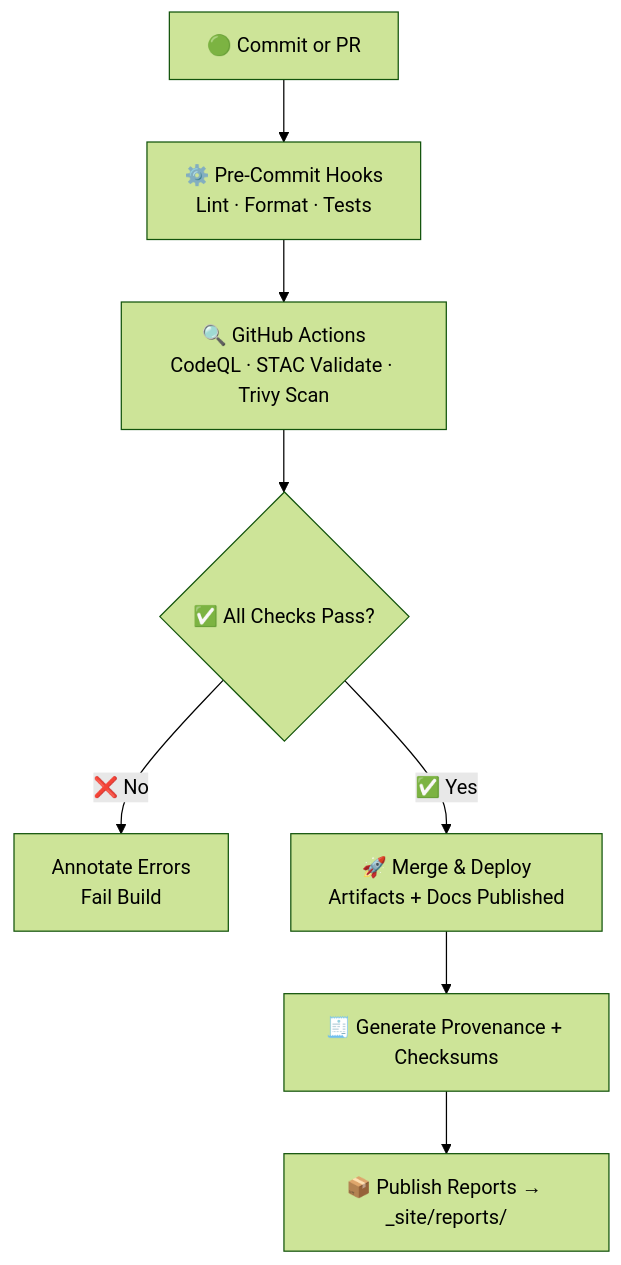
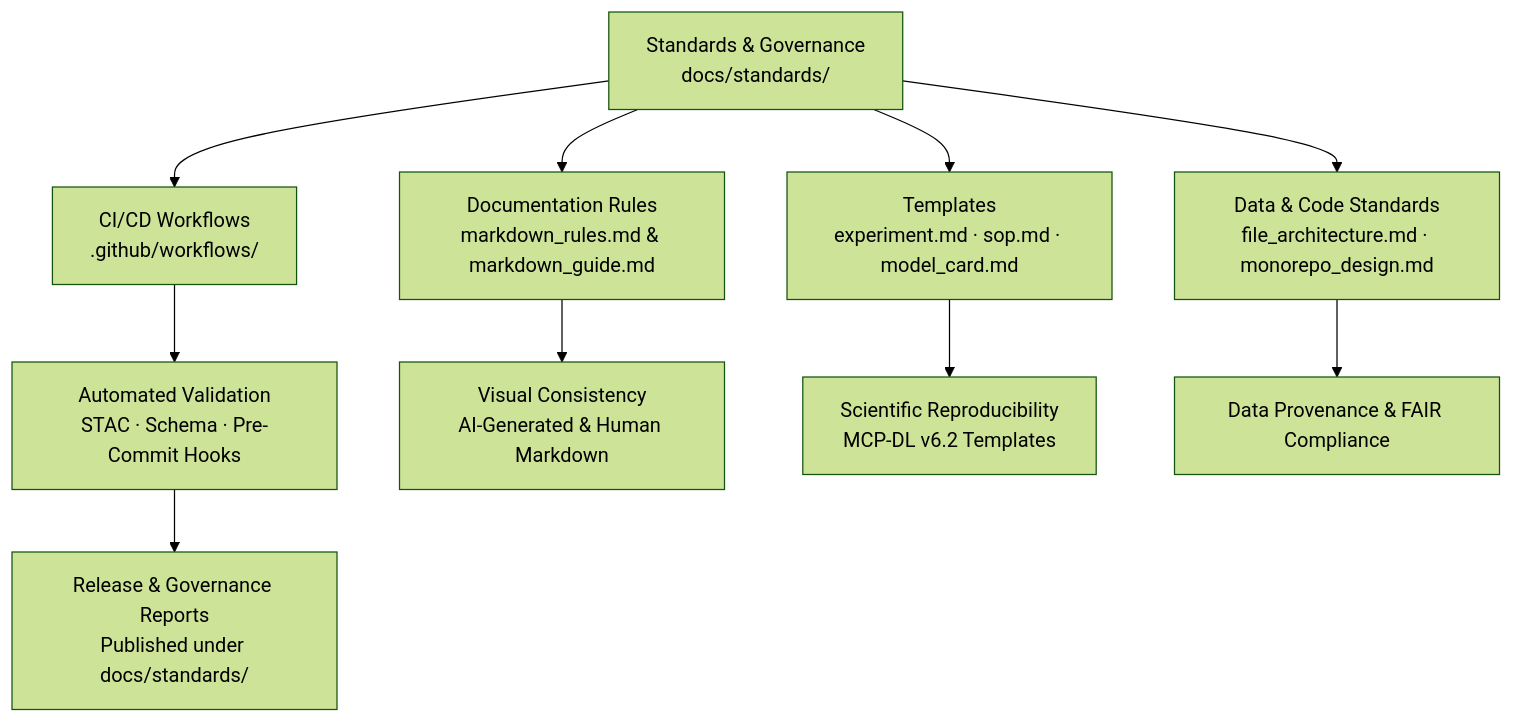
One commit to bartytime4life/Kansas-Frontier-Matrix changed the diagram in docs/standards/README.md. Above: the diagram before and after it, drawn with Mermaid (forest theme). The commit also changed other lines of this file, not shown here.

First line of the commit message:
Revise README.md for improved standards documentation

`````diff
--- a/docs/standards/README.md
+++ b/docs/standards/README.md
@@ -197,11 +39,12 @@
 ```mermaid
 flowchart TD
-  A["🟢 Commit or PR"] --> B["⚙️ Pre-Commit Hooks<br/>Lint · Format · Tests"]
-  B --> C["🔍 GitHub Actions<br/>CodeQL · STAC Validate · Trivy Scan"]
-  C --> D{"✅ All Checks Pass?"}
-  D -- "❌ No" --> E["Annotate Errors<br/>Fail Build"]
-  D -- "✅ Yes" --> F["🚀 Merge & Deploy<br/>Artifacts + Docs Published"]
-  F --> G["🧾 Generate Provenance + Checksums"]
-  G --> H["📦 Publish Reports → _site/reports/"]
-%% END OF MERMAID
-```
+  A["Standards & Governance<br/>docs/standards/"] --> B["CI/CD Workflows<br/>.github/workflows/"]
+  A --> C["Documentation Rules<br/>markdown_rules.md & markdown_guide.md"]
+  A --> D["Templates<br/>experiment.md · sop.md · model_card.md"]
+  A --> E["Data & Code Standards<br/>file_architecture.md · monorepo_design.md"]
+  B --> F["Automated Validation<br/>STAC · Schema · Pre-Commit Hooks"]
+  C --> G["Visual Consistency<br/>AI-Generated & Human Markdown"]
+  D --> H["Scientific Reproducibility<br/>MCP-DL v6.2 Templates"]
+  E --> I["Data Provenance & FAIR Compliance"]
+  F --> J["Release & Governance Reports<br/>Published under docs/standards/"]
+````
`````
